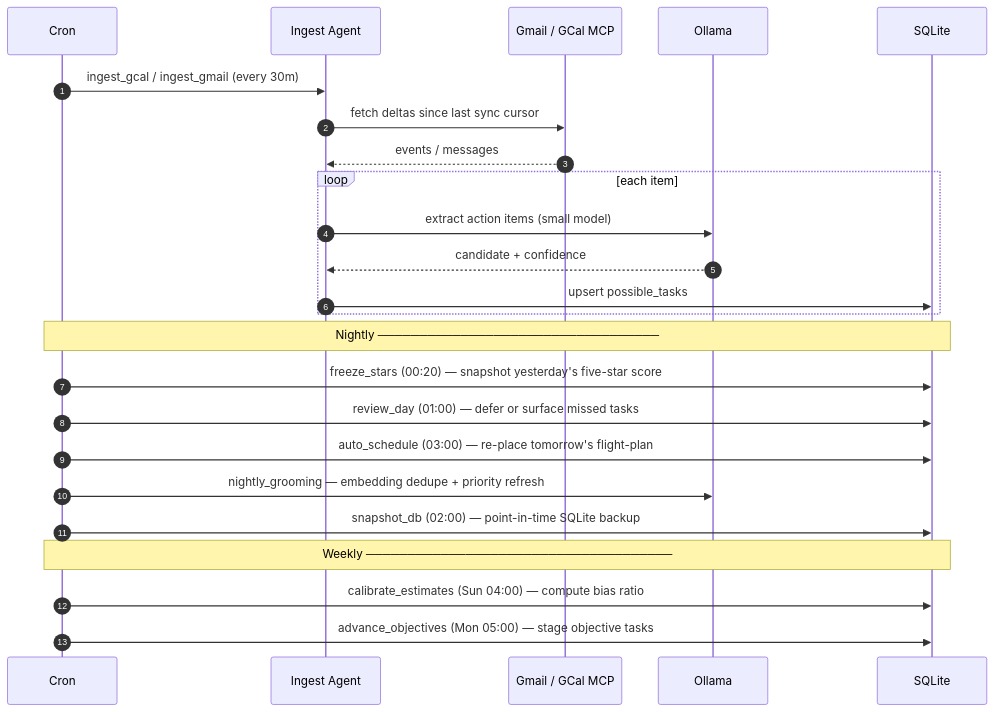
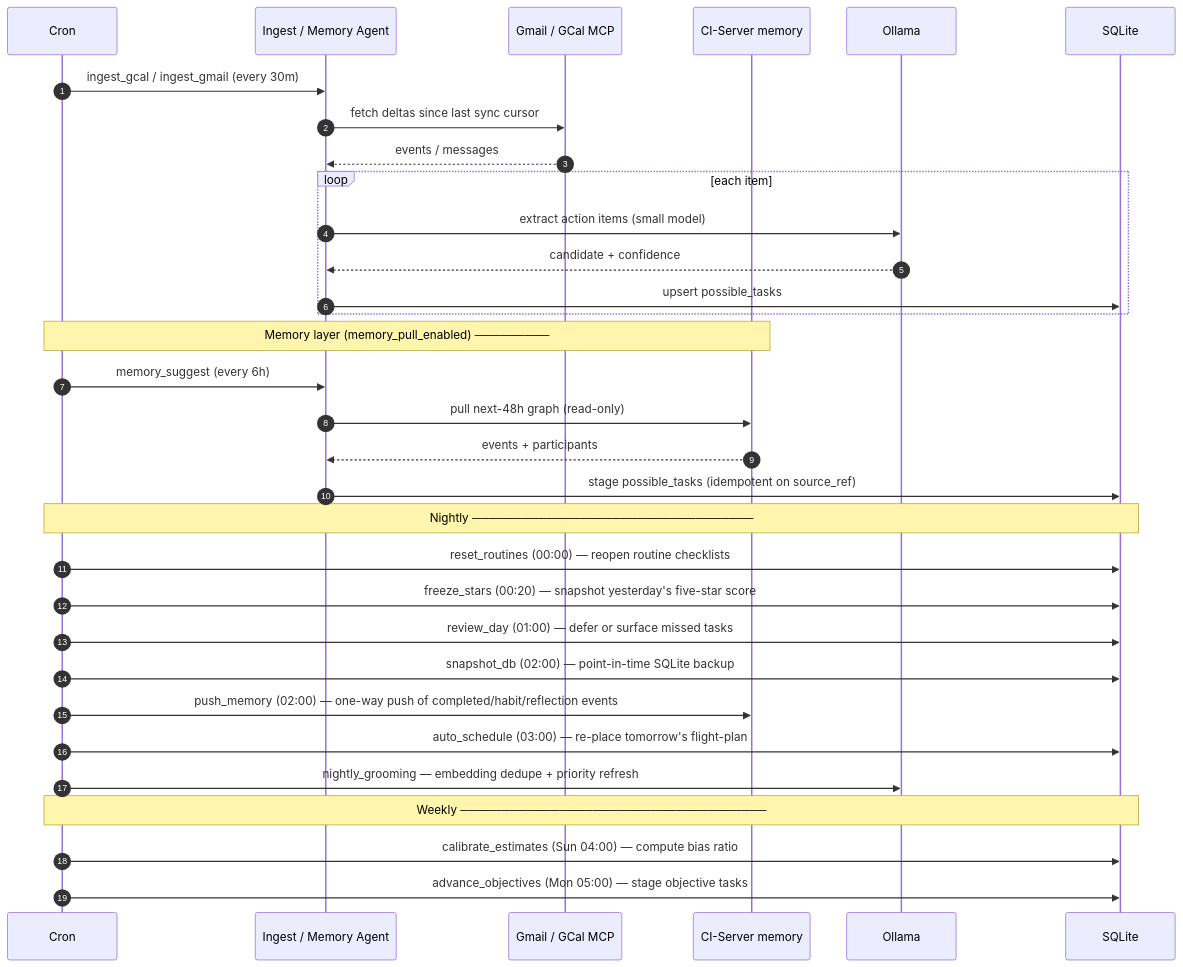
One commit to companionintelligence/CI-Planning changed the third of 7 diagrams in ARCHITECTURE.md. Above: the diagram before and after it, drawn with Mermaid. The commit also changed other lines of this file and 3 other files, not shown here.

````diff
--- a/ARCHITECTURE.md
+++ b/ARCHITECTURE.md
@@ -229,29 +243,38 @@
 ```mermaid
 sequenceDiagram
     autonumber
     participant Cron
-    participant Ing as Ingest Agent
+    participant Ing as Ingest / Memory Agent
     participant MCP as Gmail / GCal MCP
+    participant Mem as CI-Server memory
     participant LLM as Ollama
     participant DB as SQLite
 
     Cron->>Ing: ingest_gcal / ingest_gmail (every 30m)
     Ing->>MCP: fetch deltas since last sync cursor
     MCP-->>Ing: events / messages
     loop each item
         Ing->>LLM: extract action items (small model)
         LLM-->>Ing: candidate + confidence
         Ing->>DB: upsert possible_tasks
     end
 
+    Note over Cron,Mem: Memory layer (memory_pull_enabled) ─────────
+    Cron->>Ing: memory_suggest (every 6h)
+    Ing->>Mem: pull next-48h graph (read-only)
+    Mem-->>Ing: events + participants
+    Ing->>DB: stage possible_tasks (idempotent on source_ref)
+
     Note over Cron,DB: Nightly ──────────────────────────────────
+    Cron->>DB: reset_routines (00:00) — reopen routine checklists
     Cron->>DB: freeze_stars (00:20) — snapshot yesterday's five-star score
     Cron->>DB: review_day (01:00) — defer or surface missed tasks
+    Cron->>DB: snapshot_db (02:00) — point-in-time SQLite backup
+    Cron->>Mem: push_memory (02:00) — one-way push of completed/habit/reflection events
     Cron->>DB: auto_schedule (03:00) — re-place tomorrow's flight-plan
     Cron->>LLM: nightly_grooming — embedding dedupe + priority refresh
-    Cron->>DB: snapshot_db (02:00) — point-in-time SQLite backup
 
     Note over Cron,DB: Weekly ─────────────────────────────────────
     Cron->>DB: calibrate_estimates (Sun 04:00) — compute bias ratio
     Cron->>DB: advance_objectives (Mon 05:00) — stage objective tasks
 ```
````
